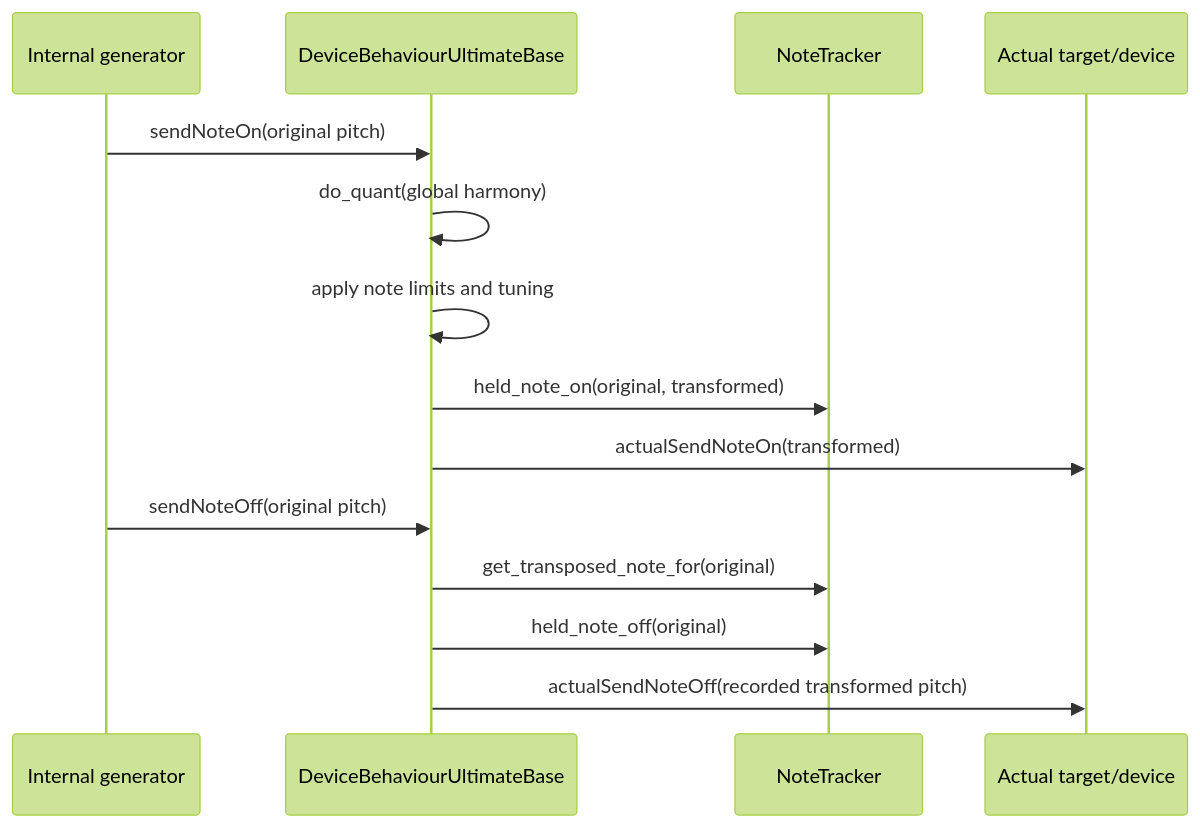
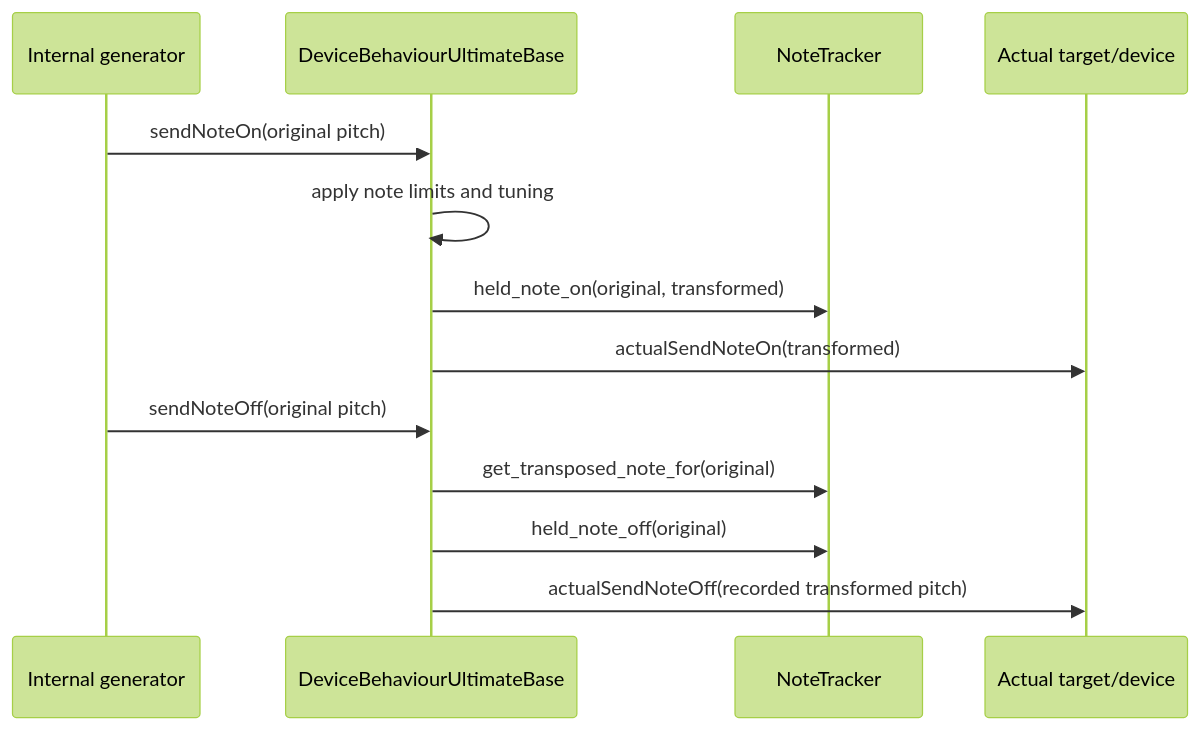
One commit to doctea/usb_midi_clocker changed the third of 3 diagrams in docs/midi-note-routing.md. Above: the diagram before and after it, drawn with Mermaid (forest theme). The commit also changed other lines of this file and 25 other files, not shown here.

````diff
--- a/docs/midi-note-routing.md
+++ b/docs/midi-note-routing.md
@@ -136,18 +304,17 @@
 ```mermaid
 sequenceDiagram
     participant Generator as Internal generator
     participant Behaviour as DeviceBehaviourUltimateBase
     participant Tracker as NoteTracker
     participant Device as Actual target/device
 
     Generator->>Behaviour: sendNoteOn(original pitch)
-    Behaviour->>Behaviour: do_quant(global harmony)
     Behaviour->>Behaviour: apply note limits and tuning
     Behaviour->>Tracker: held_note_on(original, transformed)
     Behaviour->>Device: actualSendNoteOn(transformed)
 
     Generator->>Behaviour: sendNoteOff(original pitch)
     Behaviour->>Tracker: get_transposed_note_for(original)
     Behaviour->>Tracker: held_note_off(original)
     Behaviour->>Device: actualSendNoteOff(recorded transformed pitch)
 ```
````
